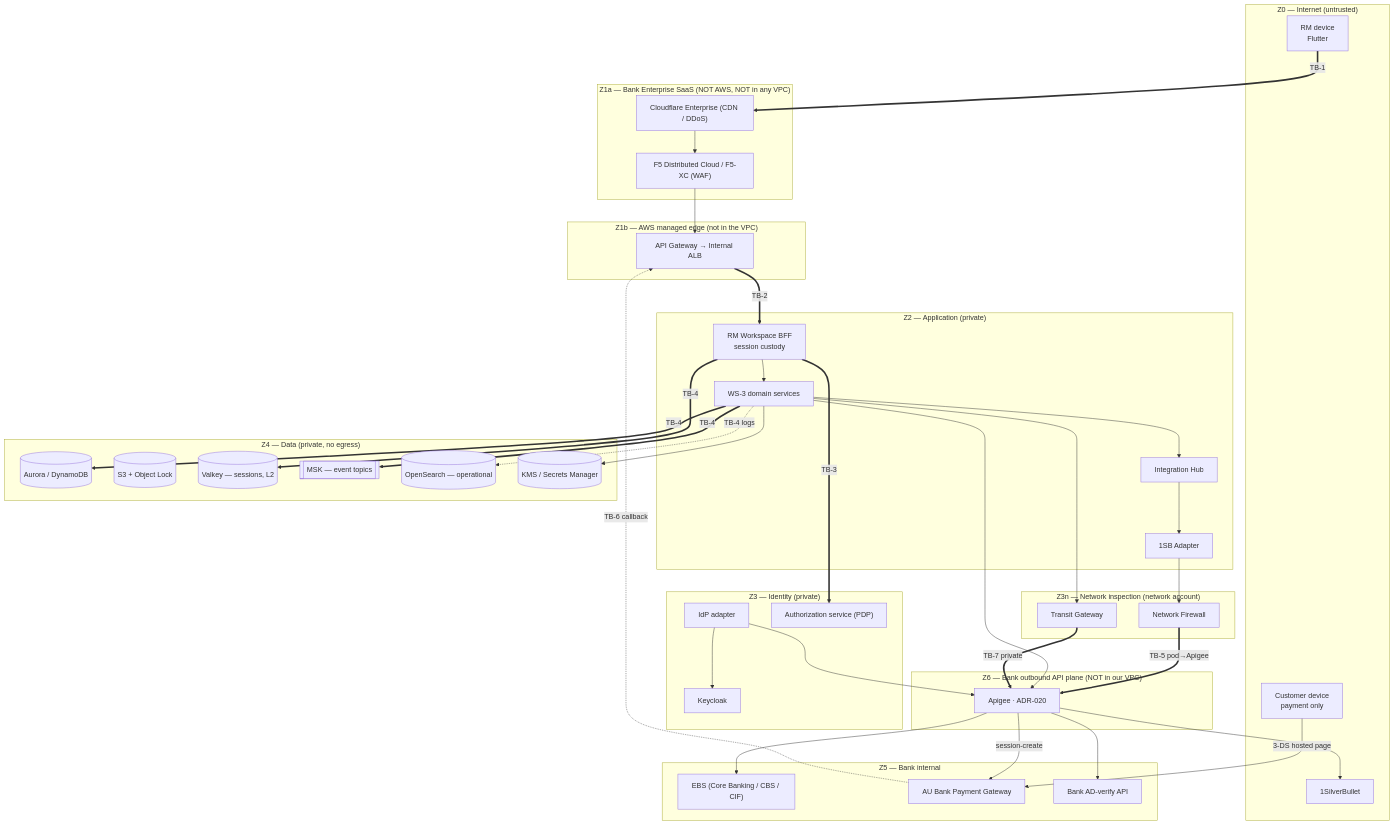
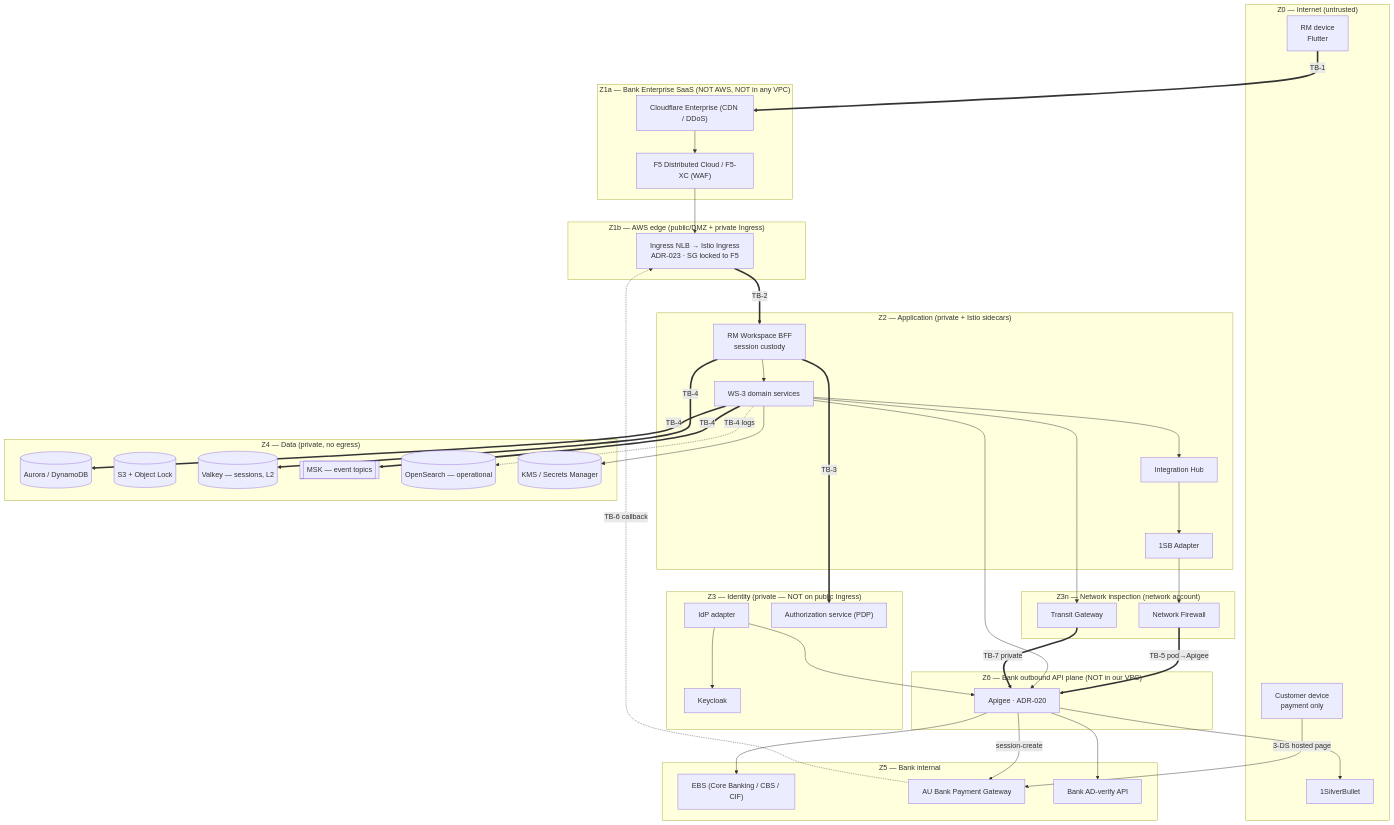
One commit to Mahesh38/bank-insurance-platform changed the diagram in docs/platform/ws3-platform/04-security-architecture.md. Above: the diagram before and after it, drawn with Mermaid. The commit also changed other lines of this file and 5 other files, not shown here.

First line of the commit message:
docs(arch): Align HLD, E2E, security, and journey flows to ADR-023

````diff
--- a/docs/platform/ws3-platform/04-security-architecture.md
+++ b/docs/platform/ws3-platform/04-security-architecture.md
@@ -65,72 +65,72 @@
 ```mermaid
 graph TB
     subgraph Z0["Z0 — Internet (untrusted)"]
         RM["RM device<br/>Flutter"]
         CUSTD["Customer device<br/>payment only"]
         SB["1SilverBullet"]
     end
 
     subgraph Z1S["Z1a — Bank Enterprise SaaS (NOT AWS, NOT in any VPC)"]
         CF["Cloudflare Enterprise (CDN / DDoS)"]
         F5["F5 Distributed Cloud / F5-XC (WAF)"]
     end
 
-    subgraph Z1["Z1b — AWS managed edge (not in the VPC)"]
-        GW["API Gateway → Internal ALB"]
+    subgraph Z1["Z1b — AWS edge (public/DMZ + private Ingress)"]
+        GW["Ingress NLB → Istio Ingress<br/>ADR-023 · SG locked to F5"]
     end
 
-    subgraph Z2["Z2 — Application (private)"]
+    subgraph Z2["Z2 — Application (private + Istio sidecars)"]
         BFF["RM Workspace BFF<br/>session custody"]
         SVCS["WS-3 domain services"]
         HUB["Integration Hub"]
         ADPT["1SB Adapter"]
     end
 
-    subgraph Z3["Z3 — Identity (private)"]
+    subgraph Z3["Z3 — Identity (private — NOT on public Ingress)"]
         IDPA["IdP adapter"]
         PDP["Authorization service (PDP)"]
         KC["Keycloak"]
     end
 
     subgraph Z4["Z4 — Data (private, no egress)"]
         DB[("Aurora / DynamoDB")]
         OBJ[("S3 + Object Lock")]
         CACHE[("Valkey — sessions, L2")]
         BUS[["MSK — event topics"]]
         SRCH[("OpenSearch — operational")]
         KMS[("KMS / Secrets Manager")]
     end
 
     subgraph Z3N["Z3n — Network inspection (network account)"]
         TGW["Transit Gateway"]
         NFW["Network Firewall"]
     end
 
     subgraph Z5["Z5 — Bank internal"]
         EBS["EBS (Core Banking / CBS / CIF)"]
         PGW["AU Bank Payment Gateway"]
         AD["Bank AD-verify API"]
     end
 
     subgraph Z6["Z6 — Bank outbound API plane (NOT in our VPC)"]
         APIGEE["Apigee · ADR-020"]
     end
 
     RM ==>|"TB-1"| CF --> F5 --> GW
     CUSTD -->|"3-DS hosted page"| PGW
     PGW -.->|"TB-6 callback"| GW
     GW ==>|"TB-2"| BFF
     BFF ==>|"TB-3"| PDP
     BFF --> SVCS
     BFF ==>|"TB-4"| CACHE
     SVCS ==>|"TB-4"| DB
     SVCS ==>|"TB-4"| BUS
     SVCS -.->|"TB-4 logs"| SRCH
     SVCS --> HUB --> ADPT --> NFW ==>|"TB-5 pod→Apigee"| APIGEE --> SB
     SVCS --> APIGEE -->|"session-create"| PGW
     SVCS --> TGW ==>|"TB-7 private"| APIGEE
     APIGEE --> EBS
     IDPA --> APIGEE --> AD
     IDPA --> KC
     SVCS --> KMS
 ```
````
